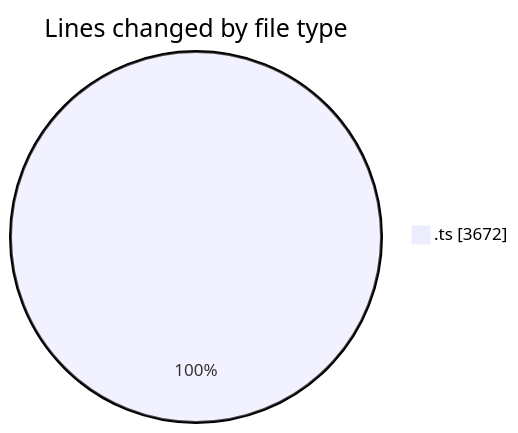
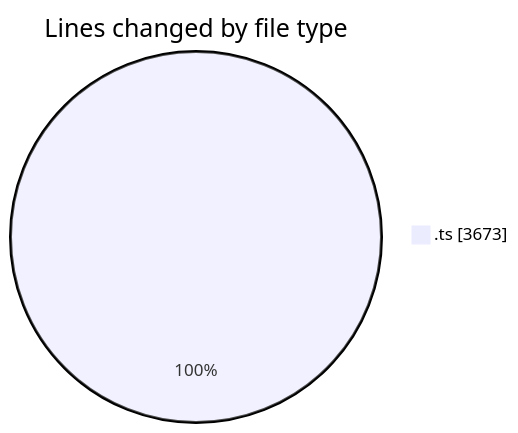
One commit to JenPaints/code-tracking changed the first of 2 diagrams in 2025-07-25/cohera/README.md. Above: the diagram before and after it, drawn with Mermaid. The commit also changed other lines of this file and 1 other file, not shown here.

````diff
--- a/2025-07-25/cohera/README.md
+++ b/2025-07-25/cohera/README.md
@@ -25,5 +25,5 @@
 ```mermaid
 pie showData
 title Lines changed by file type
-".ts" : 3672
+".ts" : 3673
 ```
````
